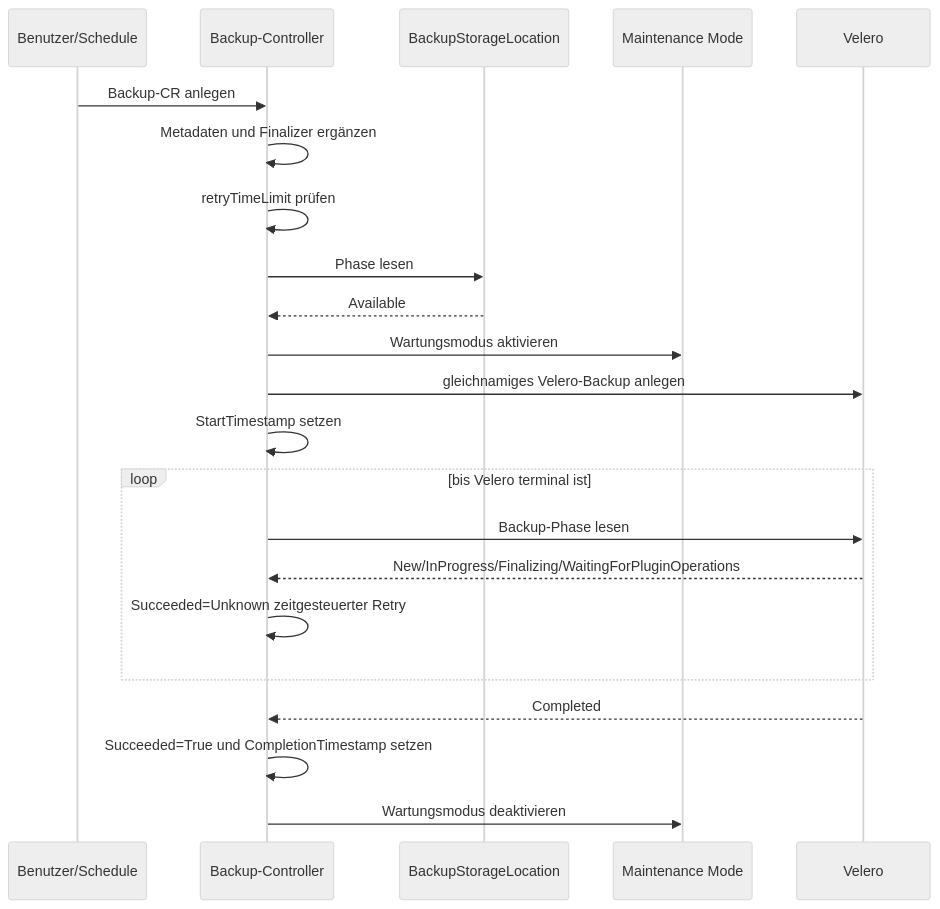
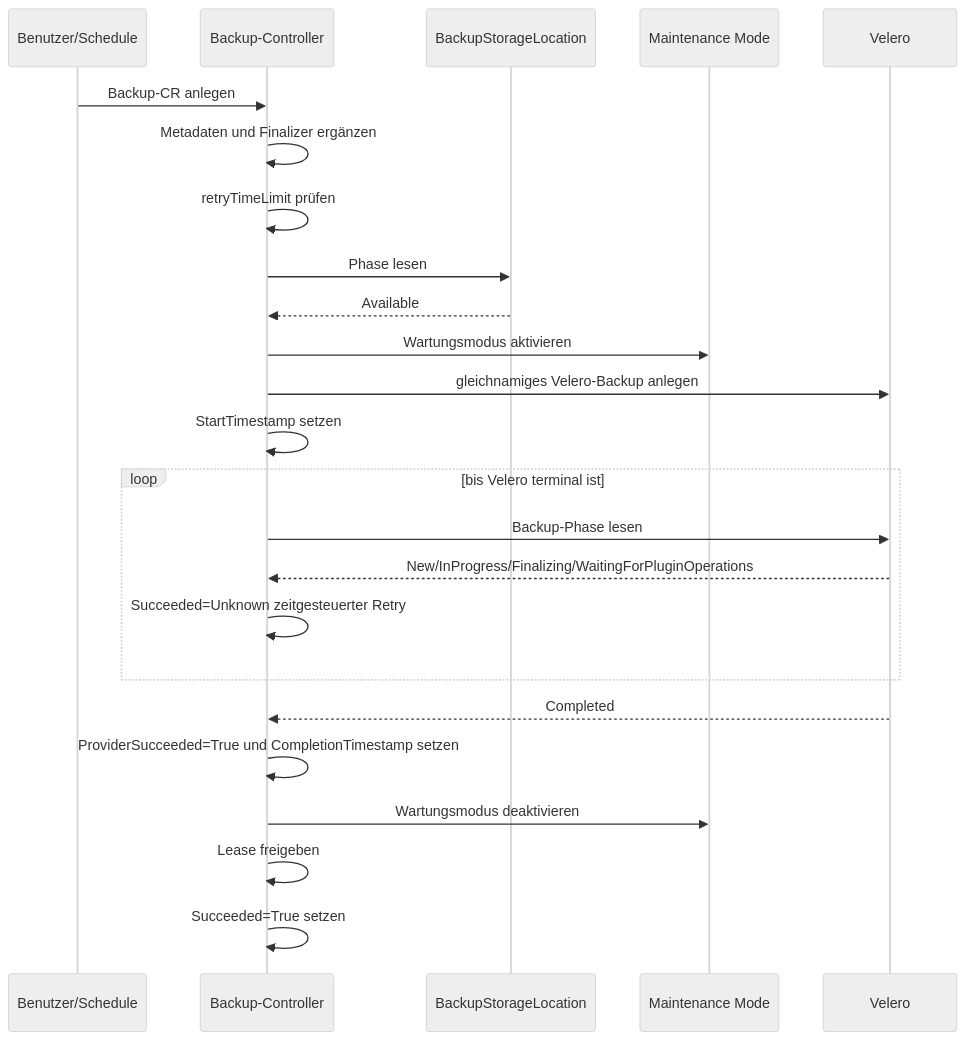
One commit to cloudogu/k8s-backup-operator changed the first of 4 diagrams in docs/development/backup/backup_process_de.md. Above: the diagram before and after it, drawn with Mermaid (neutral theme). The commit also changed other lines of this file and 1 other file, not shown here.

````diff
--- a/docs/development/backup/backup_process_de.md
+++ b/docs/development/backup/backup_process_de.md
@@ -48,25 +46,27 @@
 ```mermaid
 sequenceDiagram
     participant U as Benutzer/Schedule
     participant B as Backup-Controller
     participant S as BackupStorageLocation
     participant M as Maintenance Mode
     participant V as Velero
 
     U->>B: Backup-CR anlegen
     B->>B: Metadaten und Finalizer ergänzen
     B->>B: retryTimeLimit prüfen
     B->>S: Phase lesen
     S-->>B: Available
     B->>M: Wartungsmodus aktivieren
     B->>V: gleichnamiges Velero-Backup anlegen
     B->>B: StartTimestamp setzen
     loop bis Velero terminal ist
         B->>V: Backup-Phase lesen
         V-->>B: New/InProgress/Finalizing/WaitingForPluginOperations
         B->>B: Succeeded=Unknown zeitgesteuerter Retry
     end
     V-->>B: Completed
-    B->>B: Succeeded=True und CompletionTimestamp setzen
+    B->>B: ProviderSucceeded=True und CompletionTimestamp setzen
     B->>M: Wartungsmodus deaktivieren
+    B->>B: Lease freigeben
+    B->>B: Succeeded=True setzen
 ```
````
